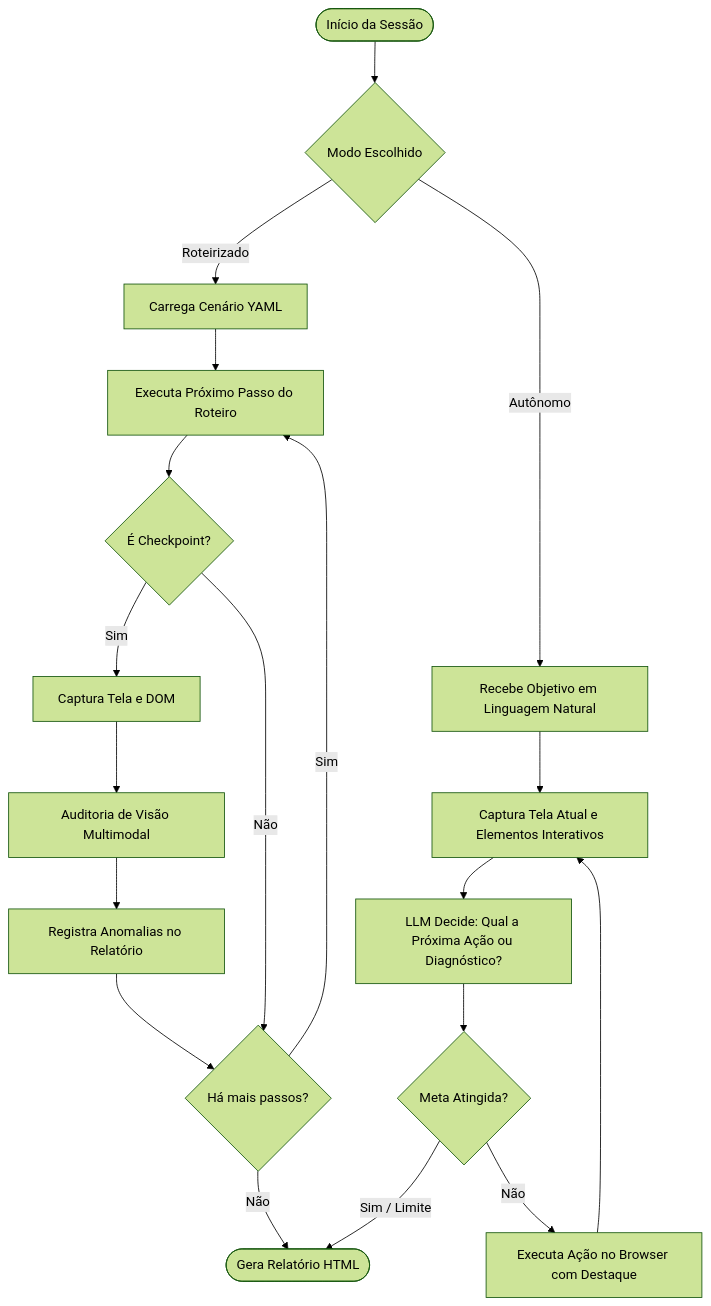
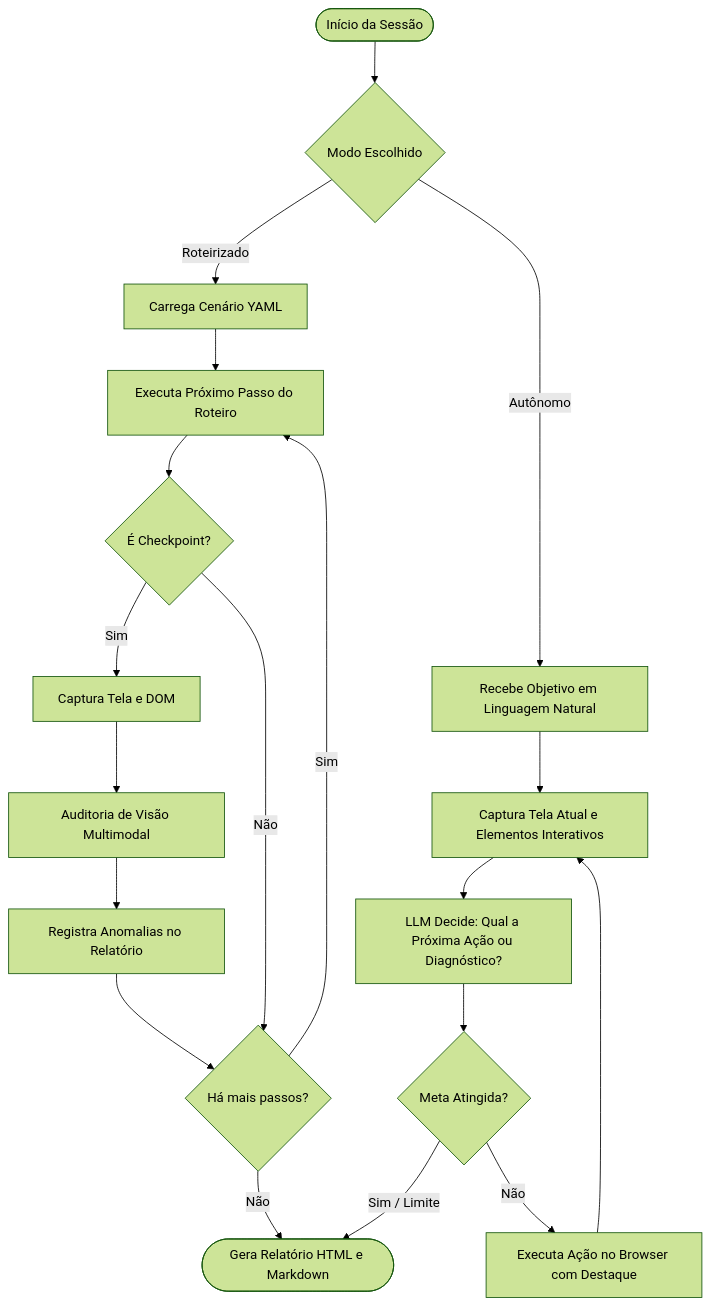
The diagram in docs/03_agente_navegador_e_visao.md (Defendi/UXSentinel), drawn with Mermaid (forest theme) before and after one commit. The commit also changed other lines of this file and 18 other files, not shown here.

````diff
--- a/docs/03_agente_navegador_e_visao.md
+++ b/docs/03_agente_navegador_e_visao.md
@@ -29,25 +34,25 @@
 ```mermaid
 flowchart TD
     Start([Início da Sessão]) --> Choice{Modo Escolhido}
     
     %% Modo Roteirizado
     Choice -->|Roteirizado| LoadYAML[Carrega Cenário YAML]
     LoadYAML --> StepLoop[Executa Próximo Passo do Roteiro]
     StepLoop --> HasCheckpoint{É Checkpoint?}
     HasCheckpoint -->|Sim| SnapshotScreen[Captura Tela e DOM]
     SnapshotScreen --> LLMAnalyze[Auditoria de Visão Multimodal]
     LLMAnalyze --> LogIssues[Registra Anomalias no Relatório]
     LogIssues --> MoreSteps{Há mais passos?}
     HasCheckpoint -->|Não| MoreSteps
     MoreSteps -->|Sim| StepLoop
-    MoreSteps -->|Não| EndSession([Gera Relatório HTML])
+    MoreSteps -->|Não| EndSession([Gera Relatório HTML e Markdown])
     
     %% Modo Autônomo
     Choice -->|Autônomo| Objective[Recebe Objetivo em Linguagem Natural]
     Objective --> AutoObserve[Captura Tela Atual e Elementos Interativos]
     AutoObserve --> AutoThink[LLM Decide: Qual a Próxima Ação ou Diagnóstico?]
     AutoThink --> AutoDecision{Meta Atingida?}
     AutoDecision -->|Não| AutoAct[Executa Ação no Browser com Destaque]
     AutoAct --> AutoObserve
     AutoDecision -->|Sim / Limite| EndSession
 ```
````
